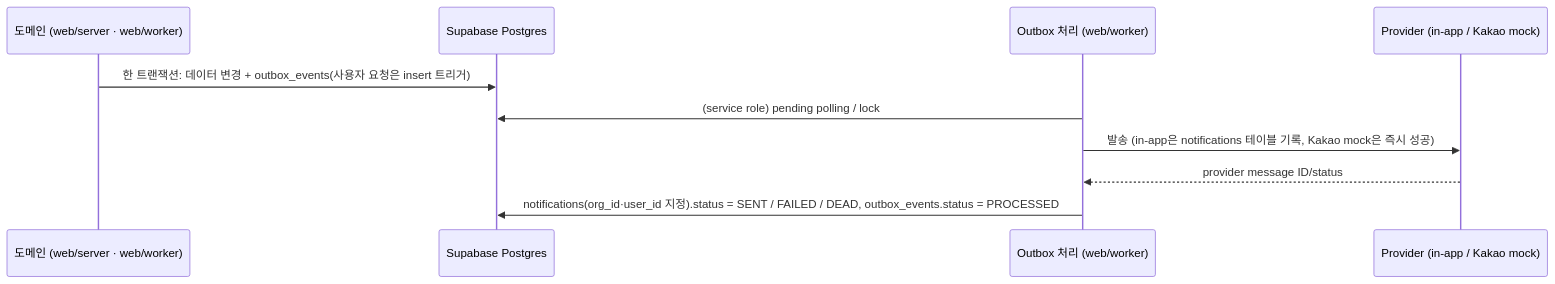
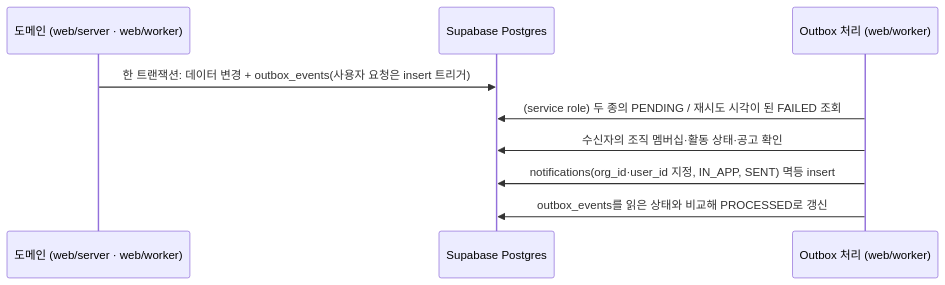
One commit to solideoai/sol-radar changed the diagram in docs/13-NOTIFICATIONS.md. Above: the diagram before and after it, drawn with Mermaid. The commit also changed other lines of this file and 26 other files, not shown here.

````diff
--- a/docs/13-NOTIFICATIONS.md
+++ b/docs/13-NOTIFICATIONS.md
@@ -28,12 +28,11 @@
 ```mermaid
 sequenceDiagram
  participant D as 도메인 (web/server · web/worker)
  participant P as Supabase Postgres
  participant W as Outbox 처리 (web/worker)
- participant C as Provider (in-app / Kakao mock)
  D->>P: 한 트랜잭션: 데이터 변경 + outbox_events(사용자 요청은 insert 트리거)
- W->>P: (service role) pending polling / lock
- W->>C: 발송 (in-app은 notifications 테이블 기록, Kakao mock은 즉시 성공)
- C-->>W: provider message ID/status
- W->>P: notifications(org_id·user_id 지정).status = SENT / FAILED / DEAD, outbox_events.status = PROCESSED
+ W->>P: (service role) 두 종의 PENDING / 재시도 시각이 된 FAILED 조회
+ W->>P: 수신자의 조직 멤버십·활동 상태·공고 확인
+ W->>P: notifications(org_id·user_id 지정, IN_APP, SENT) 멱등 insert
+ W->>P: outbox_events를 읽은 상태와 비교해 PROCESSED로 갱신
 ```
````
